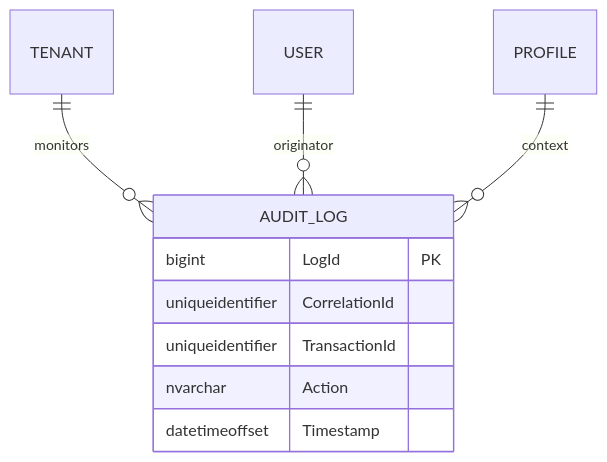
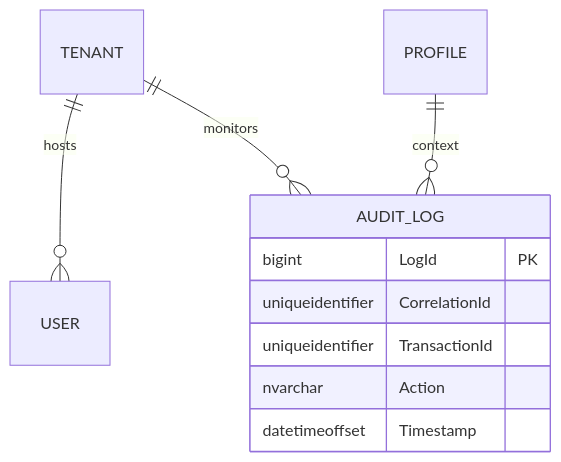
One commit to beyondnetcode/ums changed the fourth of 4 diagrams in architecture/blueprints/database-design-er.md. Above: the diagram before and after it, drawn with Mermaid. The commit also changed other lines of this file and 5 other files, not shown here.

````diff
--- a/architecture/blueprints/database-design-er.md
+++ b/architecture/blueprints/database-design-er.md
@@ -145,14 +121,14 @@
 ```mermaid
 erDiagram
+    TENANT ||--o{ USER : "hosts"
     TENANT ||--o{ AUDIT_LOG : "monitors"
-    USER ||--o{ AUDIT_LOG : "originator"
     PROFILE ||--o{ AUDIT_LOG : "context"
-
+    
     AUDIT_LOG {
         bigint LogId PK
         uniqueidentifier CorrelationId
         uniqueidentifier TransactionId
         nvarchar Action
         datetimeoffset Timestamp
     }
 ```
````
